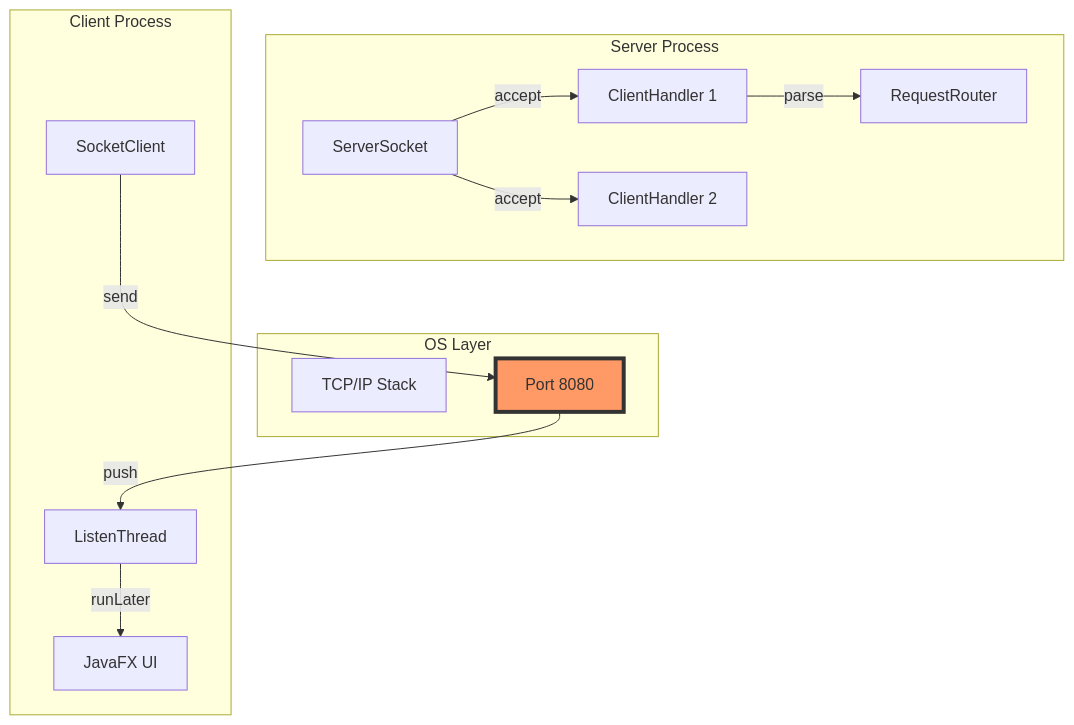
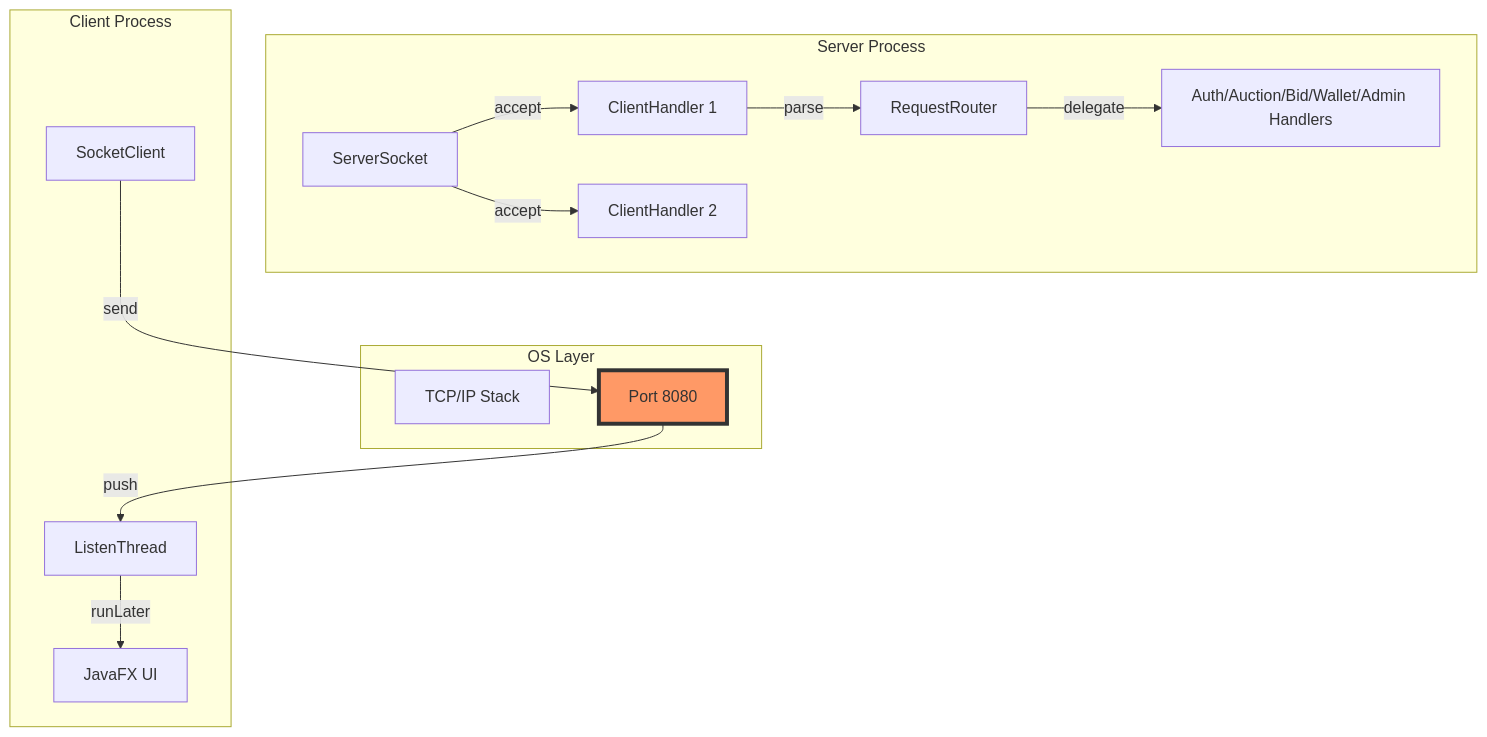
The diagram in docs/interview/01-architecture-and-network.md (cecon123/online-auction-system), drawn with Mermaid before and after one commit. The commit also changed other lines of this file and 49 other files, not shown here.

````diff
--- a/docs/interview/01-architecture-and-network.md
+++ b/docs/interview/01-architecture-and-network.md
@@ -38,29 +38,31 @@
 ```mermaid
 graph TD
     subgraph "OS Layer"
         TCP[TCP/IP Stack]
         PORT[Port 8080]
     end
 
     subgraph "Server Process"
         SS[ServerSocket]
         CH1[ClientHandler 1]
         CH2[ClientHandler 2]
         RR[RequestRouter]
+        H[Auth/Auction/Bid/Wallet/Admin Handlers]
         
         SS -->|accept| CH1 & CH2
         CH1 -->|parse| RR
+        RR -->|delegate| H
     end
 
     subgraph "Client Process"
         SC[SocketClient]
         LT[ListenThread]
         UI[JavaFX UI]
         
         SC -->|send| PORT
         PORT -->|push| LT
         LT -->|runLater| UI
     end
 
     style PORT fill:#f96,stroke:#333,stroke-width:4px
 ```
````
